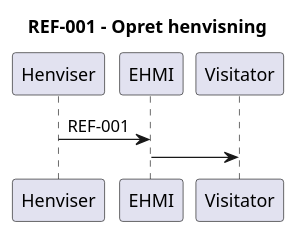
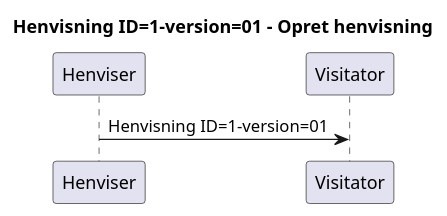
Before and after one commit to medcomdk/dk-medcom-ref-lm: the first of 12 diagrams in input/plantuml/fhir-henvisning-messaging.puml, drawn with PlantUML. The commit also changed other lines of this file and 15 other files, not shown here.

```diff
--- a/input/plantuml/fhir-henvisning-messaging.puml
+++ b/input/plantuml/fhir-henvisning-messaging.puml
@@ -1,9 +1,9 @@
 @startuml
 
- title REF-001 - Opret henvisning
+ title Henvisning ID=1-version=01 - Opret henvisning
  participant Henviser
- participant EHMI
  participant Visitator
-Henviser -> EHMI : REF-001
-EHMI -> Visitator
+
+Henviser -> Visitator : Henvisning ID=1-version=01
+
 @enduml
```
